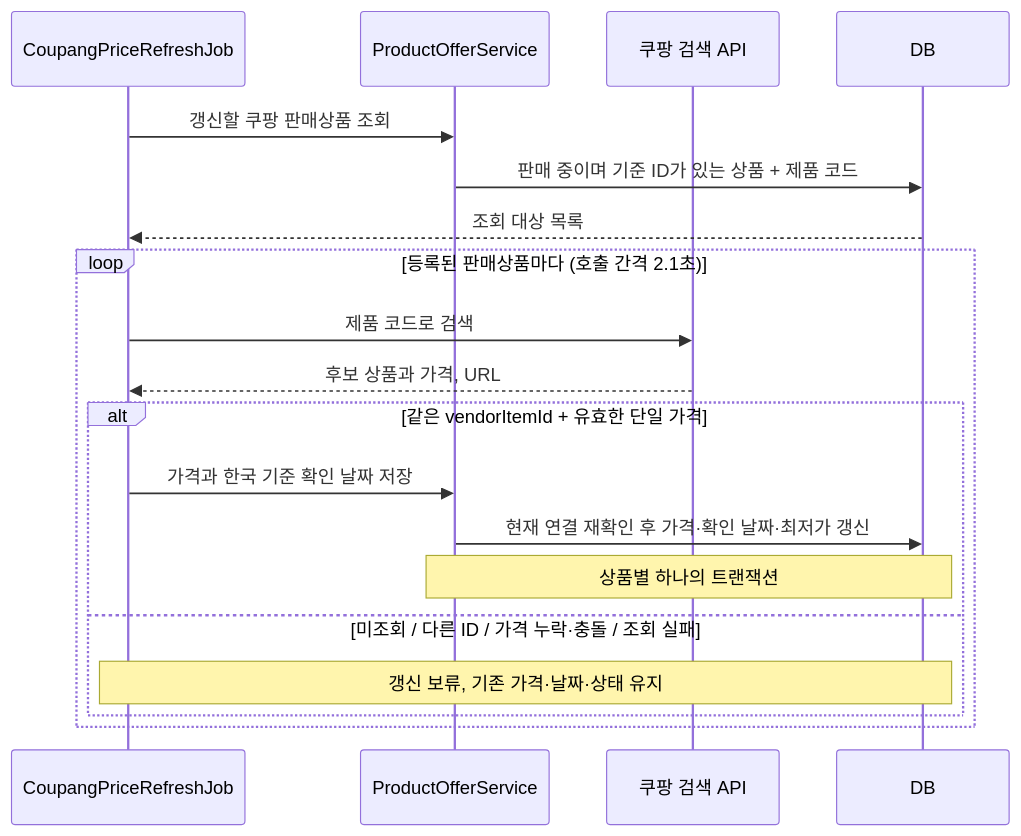
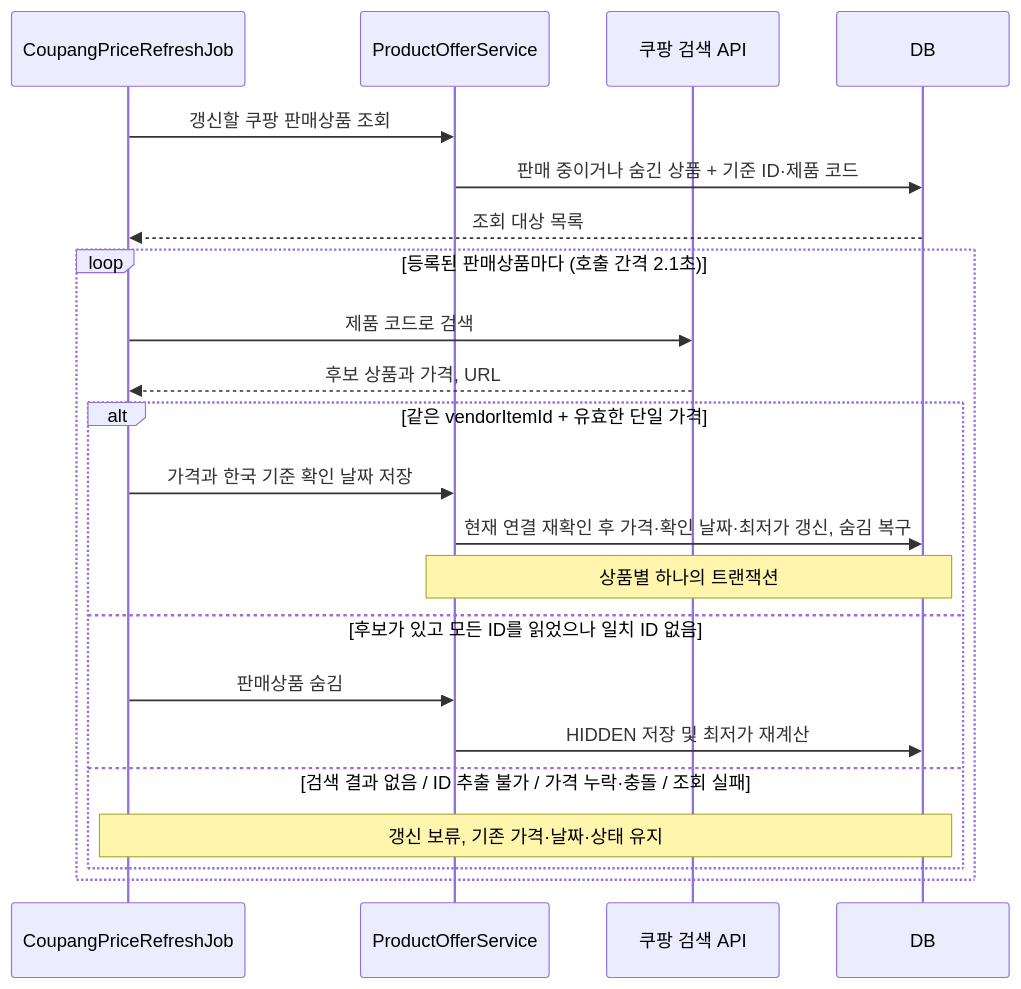
One commit to woowacourse-teams/2026-Devica changed the diagram in docs/쿠팡_API_가격_조회_검증.md. Above: the diagram before and after it, drawn with Mermaid. The commit also changed other lines of this file and 2 other files, not shown here.

````diff
--- a/docs/쿠팡_API_가격_조회_검증.md
+++ b/docs/쿠팡_API_가격_조회_검증.md
@@ -125,21 +126,24 @@
 ```mermaid
 sequenceDiagram
     participant Job as CoupangPriceRefreshJob
     participant Service as ProductOfferService
     participant API as 쿠팡 검색 API
     participant DB as DB
     Job->>Service: 갱신할 쿠팡 판매상품 조회
-    Service->>DB: 판매 중이며 기준 ID가 있는 상품 + 제품 코드
+    Service->>DB: 판매 중이거나 숨긴 상품 + 기준 ID·제품 코드
     DB-->>Job: 조회 대상 목록
     loop 등록된 판매상품마다 (호출 간격 2.1초)
         Job->>API: 제품 코드로 검색
         API-->>Job: 후보 상품과 가격, URL
         alt 같은 vendorItemId + 유효한 단일 가격
             Job->>Service: 가격과 한국 기준 확인 날짜 저장
-            Service->>DB: 현재 연결 재확인 후 가격·확인 날짜·최저가 갱신
+            Service->>DB: 현재 연결 재확인 후 가격·확인 날짜·최저가 갱신, 숨김 복구
             Note over Service,DB: 상품별 하나의 트랜잭션
-        else 미조회 / 다른 ID / 가격 누락·충돌 / 조회 실패
+        else 후보가 있고 모든 ID를 읽었으나 일치 ID 없음
+            Job->>Service: 판매상품 숨김
+            Service->>DB: HIDDEN 저장 및 최저가 재계산
+        else 검색 결과 없음 / ID 추출 불가 / 가격 누락·충돌 / 조회 실패
             Note over Job,DB: 갱신 보류, 기존 가격·날짜·상태 유지
         end
     end
 ```
````
